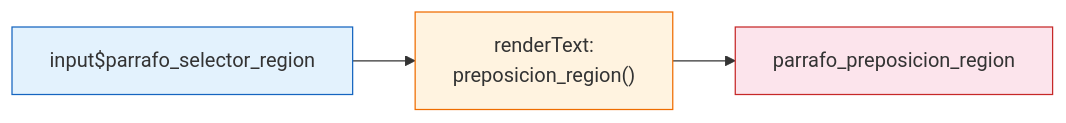
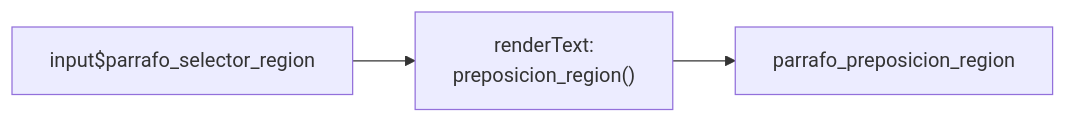
The third of 5 diagrams in content/blog/shiny_parrafo/index.qmd (bastianolea/blog-R), drawn with Mermaid before and after one commit. The commit also changed other lines of this file and 3 other files, not shown here.

````diff
--- a/content/blog/shiny_parrafo/index.qmd
+++ b/content/blog/shiny_parrafo/index.qmd
@@ -765,12 +749,8 @@
 ```{mermaid}
 graph LR
-region["input$parrafo_selector_region"]:::input
-render["renderText:<br>preposicion_region()"]:::observer
-output["parrafo_preposicion_region"]:::output
+region["input$parrafo_selector_region"]
+render["renderText:<br>preposicion_region()"]
+output["parrafo_preposicion_region"]
 
 region --> render --> output
-
-classDef input fill:#e3f2fd,stroke:#1565c0
-classDef observer fill:#fff3e0,stroke:#ef6c00
-classDef output fill:#fce4ec,stroke:#c62828
 ```
````
